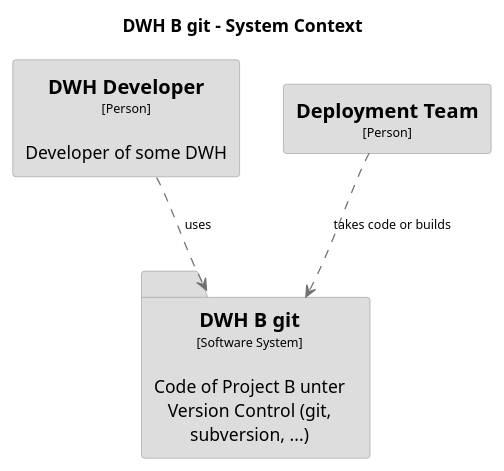
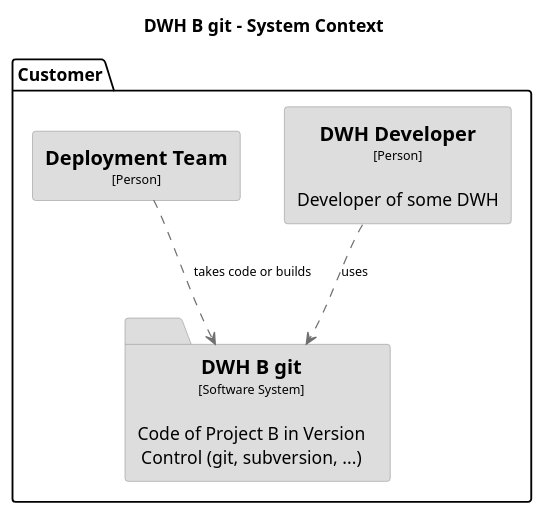
Before and after one commit to DataHandwerk/DataHandwerk-toolkit-mssql: the diagram in docs/src/c4_dsl/puml/structurizr-DWHBgit-SystemContext.puml, drawn with PlantUML. The commit also changed 36 other files, not shown here.

Commit message:
structurizr diagrams used in documentation

```diff
--- a/docs/src/c4_dsl/puml/structurizr-DWHBgit-SystemContext.puml
+++ b/docs/src/c4_dsl/puml/structurizr-DWHBgit-SystemContext.puml
@@ -1,33 +1,35 @@
 @startuml(id=DWHBgit-SystemContext)
 title DWH B git - System Context
 
 skinparam {
   shadowing false
   arrowFontSize 10
   defaultTextAlignment center
   wrapWidth 200
   maxMessageSize 100
 }
 hide stereotype
 top to bottom direction
-skinparam folder<<27>> {
+skinparam folder<<22>> {
   BackgroundColor #dddddd
   FontColor #000000
   BorderColor #9A9A9A
 }
-skinparam rectangle<<6>> {
+skinparam rectangle<<1>> {
   BackgroundColor #dddddd
   FontColor #000000
   BorderColor #9A9A9A
 }
-skinparam rectangle<<7>> {
+skinparam rectangle<<2>> {
   BackgroundColor #dddddd
   FontColor #000000
   BorderColor #9A9A9A
 }
-rectangle "==DWH Developer\n<size:10>[Person]</size>\n\nDeveloper of some DWH" <<6>> as 6
-rectangle "==Deployment Team\n<size:10>[Person]</size>" <<7>> as 7
-folder "==DWH B git\n<size:10>[Software System]</size>\n\nCode of Project B unter Version Control (git, subversion, ...)" <<27>> as 27
-6 .[#707070].> 27 : "uses"
-7 .[#707070].> 27 : "takes code or builds"
+package "Customer" {
+  rectangle "==DWH Developer\n<size:10>[Person]</size>\n\nDeveloper of some DWH" <<1>> as 1
+  rectangle "==Deployment Team\n<size:10>[Person]</size>" <<2>> as 2
+  folder "==DWH B git\n<size:10>[Software System]</size>\n\nCode of Project B in Version Control (git, subversion, ...)" <<22>> as 22
+}
+1 .[#707070].> 22 : "uses"
+2 .[#707070].> 22 : "takes code or builds"
 @enduml
```
